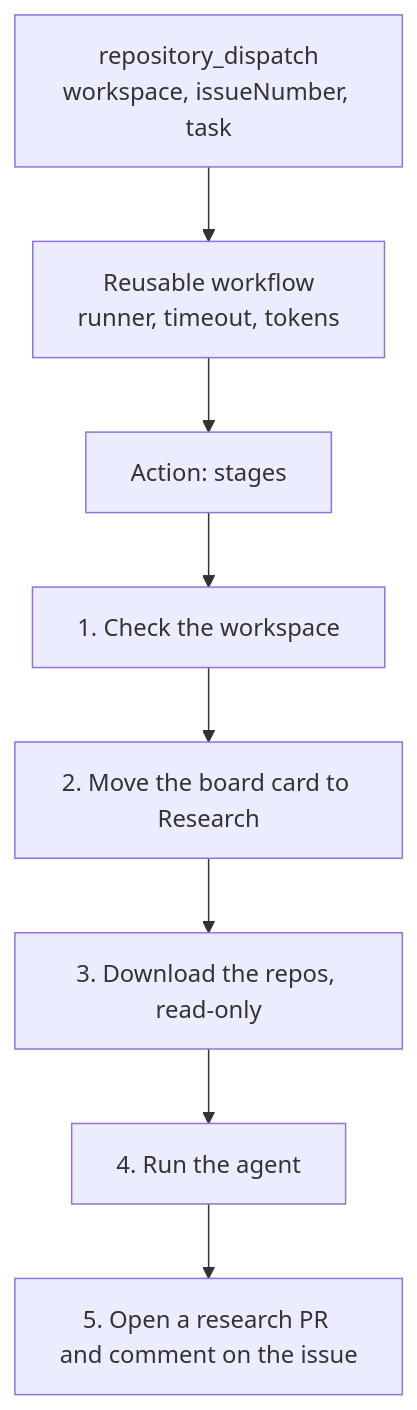
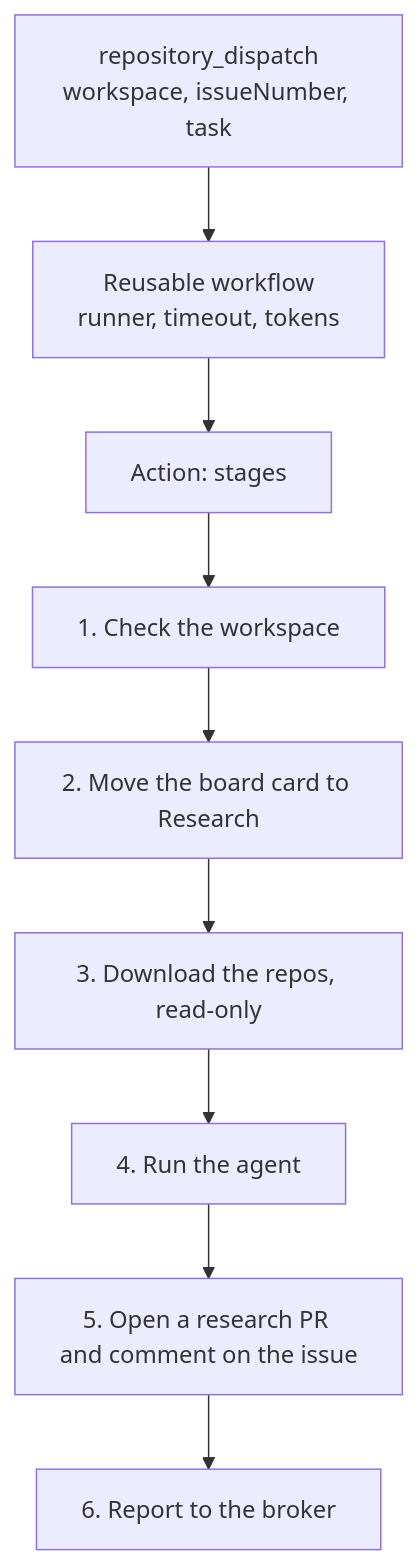
The diagram in packages/github/rpi-workflow/README.md (TheCloudPlumbingCo/slop-factory-pieces), drawn with Mermaid before and after one commit. The commit also changed other lines of this file and 5 other files, not shown here.

First line of the commit message:
Report the end of a run to the broker, so the broker can reply on the original channel

````diff
--- a/packages/github/rpi-workflow/README.md
+++ b/packages/github/rpi-workflow/README.md
@@ -55,10 +56,11 @@
 ```mermaid
 flowchart TD
     D["repository_dispatch<br/>workspace, issueNumber, task"] --> W["Reusable workflow<br/>runner, timeout, tokens"]
     W --> A["Action: stages"]
     A --> S1["1. Check the workspace"]
     S1 --> S2["2. Move the board card to Research"]
     S2 --> S3["3. Download the repos, read-only"]
     S3 --> S4["4. Run the agent"]
     S4 --> S5["5. Open a research PR and comment on the issue"]
+    S5 --> S6["6. Report to the broker"]
 ```
````
